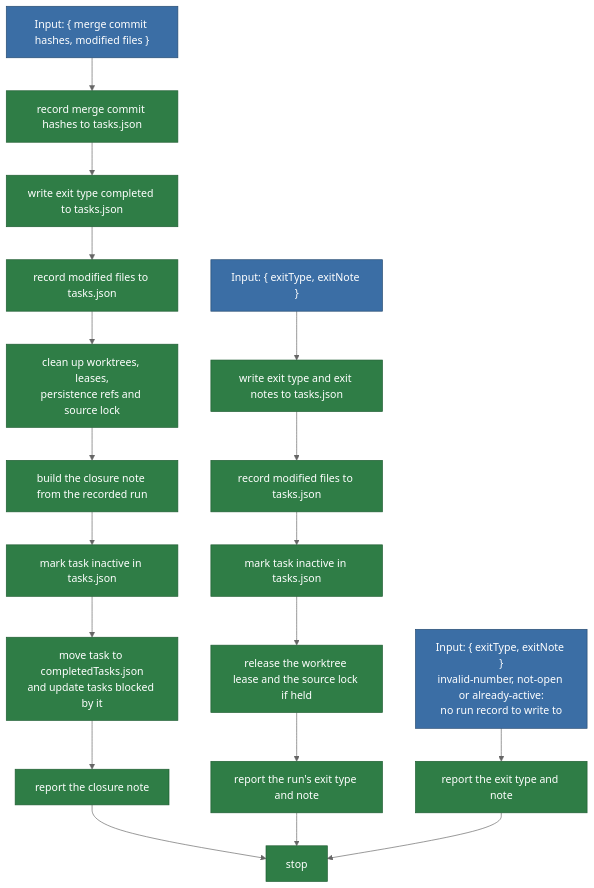
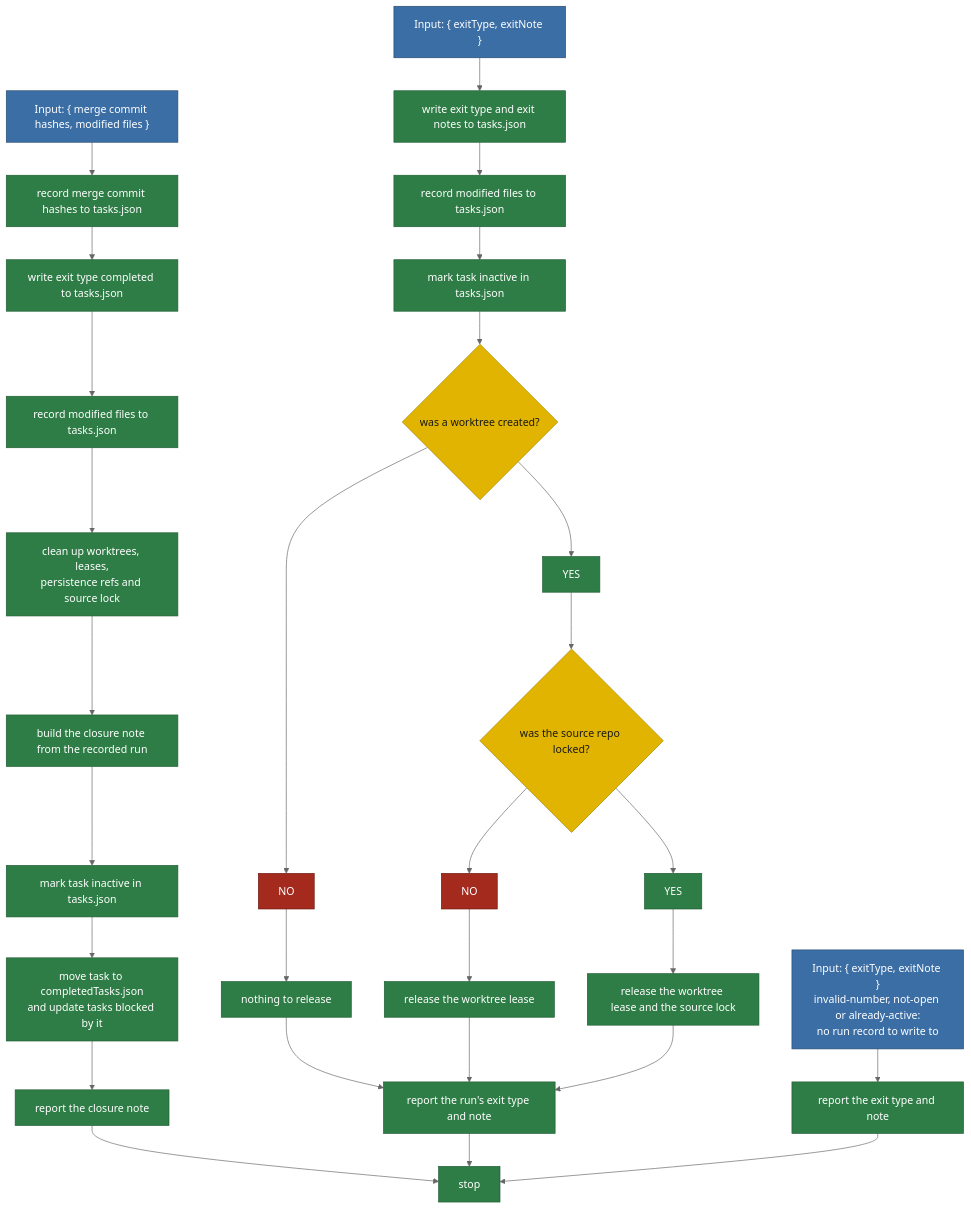
One commit to matkatmusic/taskTools changed the diagram in plans/diagram/pipeline-exitWorkflow.mmd. Above: the diagram before and after it, drawn with Mermaid (neutral theme). The commit also changed 8 other files, not shown here.

```diff
--- a/plans/diagram/pipeline-exitWorkflow.mmd
+++ b/plans/diagram/pipeline-exitWorkflow.mmd
@@ -1,81 +1,97 @@
 flowchart TB
 %% EXIT WORKFLOW. Split from pipeline.mmd. Every pipeline ends here.
 %% Two inputs, two tails:
 %%   the merge receipt from the rebase and merge pipeline -> the success tail
 %%   an exit type and exit note from any pipeline          -> the failure tail
 %% Rules that apply everywhere, not steps:
 %%   1. Every git interaction goes through a script. Never prose.
 %%   2. Every read and write of tasks.json is atomic.
 %%   3. Every box that touches the working tree operates on every repository
 %%      layer, deepest submodule first, root last. Boxes that only read or write
 %%      tasks.json do not.
-%%   4. Exactly one box releases the source repo lock: "clean up" on the success
-%%      tail, "release the worktree lease and the source lock if held" on the
-%%      failure tail. The release line names only what is actually held: nothing
-%%      before a worktree exists, the lease only before the source repo was
-%%      locked, both after.
+%%   4. Exactly one box releases the source repo lock on the failure tail. The
+%%      release line names only what is actually held: nothing before a
+%%      worktree exists, the lease only before the source repo was locked, both
+%%      after. "clean up" releases both on the success tail.
 %%   5. A script that fails operationally, as opposed to returning a verdict,
 %%      exits the run as run-failed. No step is retried after it has mutated
 %%      anything. How far this workflow can run depends on where the failure
 %%      happened, and there are four cases:
 %%        before the task is active - report and stop; there is no run to write to
 %%        active, no worktree      - this workflow runs; modified files records []
 %%        active, with worktree    - this workflow runs in full
 %%        during the archive, after "mark task inactive"
 %%                                - the run is already ended, so this workflow
 %%                                  reopens it, overwrites exit type completed
 %%                                  with run-failed, and re-ends it
 %%   6. A mutating box whose result is lost is never blindly retried and never
 %%      assumed failed. Each one has a read-only reconciliation check that reads
 %%      the world and decides whether it already happened. A safe idempotent
 %%      rerun happens only after reconciliation proves it did not complete. Only
 %%      an ambiguous loss is run-failed.
 %%   7. A task stays unavailable to another run from "mark the task active" until
 %%      its archive lands. "mark task inactive" ends the run but does NOT reopen
 %%      the task: a task whose newest ended run exited completed, and which is
 %%      still in tasks.json, is closing, and a second invocation must refuse it.
 %% Exit types that reach [stop]:
 %%   completed          - archived to completedTasks.json
 %%   invalid-number     - not in tasks.json or completedTasks.json
 %%   not-open           - already completed
 %%   already-active     - a previous run left the task active
 %%   blocked            - an open blocker remains
 %%   plan-scrapped      - codex scrapped the plan twice
 %%   tests-red          - task tests still failing after 2 fix attempts
 %%   tests-flagged      - codex flagged the tests twice
 %%   suite-red          - full suite still failing after 2 fix attempts
 %%   rebase-stuck       - the rebase did not advance after 2 conflict fixes
 %%   merge-failed       - the merge did not land twice
 %%   fence-violation    - a step changed a file the task does not own
 %%   run-failed         - a script failed operationally
 %% invalid-number, not-open and already-active are the only exits that write
 %% nothing to tasks.json: the first two have no open task record to write to, and
 %% the third must not touch a run that belongs to another invocation. All three
 %% take the report-only tail. Every other exit takes the failure tail.
 
   MERGE_RECEIPT_INPUT["Input: { merge commit hashes, modified files }"] --> RECORD_MERGE_COMMIT_HASHES["record merge commit hashes to tasks.json"]
   RECORD_MERGE_COMMIT_HASHES --> WRITE_EXIT_TYPE_COMPLETED["write exit type completed to tasks.json"]
   WRITE_EXIT_TYPE_COMPLETED --> RECORD_MODIFIED_FILES_SUCCESS["record modified files to tasks.json"]
   RECORD_MODIFIED_FILES_SUCCESS --> CLEAN_UP_WORKTREES["clean up worktrees, leases,<br/>persistence refs and source lock"]
   CLEAN_UP_WORKTREES --> BUILD_CLOSURE_NOTE["build the closure note from the recorded run"]
   BUILD_CLOSURE_NOTE --> MARK_TASK_INACTIVE_SUCCESS["mark task inactive in tasks.json"]
   MARK_TASK_INACTIVE_SUCCESS --> ARCHIVE_TASK["move task to completedTasks.json<br/>and update tasks blocked by it"]
   ARCHIVE_TASK --> REPORT_CLOSURE_NOTE["report the closure note"]
   REPORT_CLOSURE_NOTE --> STOP["stop"]
 
   EXIT_TYPE_NOTE_INPUT["Input: { exitType, exitNote }"] --> WRITE_EXIT_TYPE_AND_NOTE["write exit type and exit notes to tasks.json"]
   WRITE_EXIT_TYPE_AND_NOTE --> RECORD_MODIFIED_FILES_FAILURE["record modified files to tasks.json"]
   RECORD_MODIFIED_FILES_FAILURE --> MARK_TASK_INACTIVE_FAILURE["mark task inactive in tasks.json"]
-  MARK_TASK_INACTIVE_FAILURE --> RELEASE_WORKTREE_LEASE_AND_LOCK["release the worktree lease and the source lock if held"]
-  RELEASE_WORKTREE_LEASE_AND_LOCK --> REPORT_EXIT_TYPE_AND_NOTE["report the run's exit type and note"]
+  MARK_TASK_INACTIVE_FAILURE --> WAS_WORKTREE_CREATED{"was a worktree created?"}
+  WAS_WORKTREE_CREATED --> WAS_WORKTREE_CREATED_YES["YES"]
+  WAS_WORKTREE_CREATED --> WAS_WORKTREE_CREATED_NO["NO"]
+  WAS_WORKTREE_CREATED_NO --> NOTHING_TO_RELEASE["nothing to release"]
+  NOTHING_TO_RELEASE --> REPORT_EXIT_TYPE_AND_NOTE["report the run's exit type and note"]
+
+  WAS_WORKTREE_CREATED_YES --> WAS_SOURCE_REPO_LOCKED{"was the source repo locked?"}
+  WAS_SOURCE_REPO_LOCKED --> WAS_SOURCE_REPO_LOCKED_YES["YES"]
+  WAS_SOURCE_REPO_LOCKED --> WAS_SOURCE_REPO_LOCKED_NO["NO"]
+  WAS_SOURCE_REPO_LOCKED_NO --> RELEASE_WORKTREE_LEASE["release the worktree lease"]
+  RELEASE_WORKTREE_LEASE --> REPORT_EXIT_TYPE_AND_NOTE
+  WAS_SOURCE_REPO_LOCKED_YES --> RELEASE_WORKTREE_LEASE_AND_LOCK["release the worktree lease and the source lock"]
+  RELEASE_WORKTREE_LEASE_AND_LOCK --> REPORT_EXIT_TYPE_AND_NOTE
   REPORT_EXIT_TYPE_AND_NOTE --> STOP
 
   EXIT_TYPE_NOTE_NO_WRITE_INPUT["Input: { exitType, exitNote }<br/>invalid-number, not-open or already-active:<br/>no run record to write to"] --> REPORT_EXIT_TYPE_NO_WRITE["report the exit type and note"]
   REPORT_EXIT_TYPE_NO_WRITE --> STOP
 
   classDef script fill:#2f7d46,stroke:#1e5c31,color:#ffffff
   classDef prose fill:#e0b400,stroke:#a88600,color:#1a1a1a
+  classDef decision fill:#e0b400,stroke:#a88600,color:#1a1a1a
   classDef output fill:#3b6ea5,stroke:#254a70,color:#ffffff
   classDef fail fill:red,stroke:#254a70,color:#ffffff
-  class RECORD_MERGE_COMMIT_HASHES,WRITE_EXIT_TYPE_COMPLETED,RECORD_MODIFIED_FILES_SUCCESS,CLEAN_UP_WORKTREES,BUILD_CLOSURE_NOTE,MARK_TASK_INACTIVE_SUCCESS,ARCHIVE_TASK,REPORT_CLOSURE_NOTE,WRITE_EXIT_TYPE_AND_NOTE,RECORD_MODIFIED_FILES_FAILURE,MARK_TASK_INACTIVE_FAILURE,RELEASE_WORKTREE_LEASE_AND_LOCK,REPORT_EXIT_TYPE_AND_NOTE,REPORT_EXIT_TYPE_NO_WRITE,STOP script
+  classDef pass fill:#2f7d46,stroke:#1e5c31,color:#ffffff
+  classDef nopass fill:#a52a1e,stroke:#6d1a12,color:#ffffff
+  class WAS_WORKTREE_CREATED,WAS_SOURCE_REPO_LOCKED decision
+  class WAS_WORKTREE_CREATED_YES,WAS_SOURCE_REPO_LOCKED_YES pass
+  class WAS_WORKTREE_CREATED_NO,WAS_SOURCE_REPO_LOCKED_NO nopass
+  class RECORD_MERGE_COMMIT_HASHES,WRITE_EXIT_TYPE_COMPLETED,RECORD_MODIFIED_FILES_SUCCESS,CLEAN_UP_WORKTREES,BUILD_CLOSURE_NOTE,MARK_TASK_INACTIVE_SUCCESS,ARCHIVE_TASK,REPORT_CLOSURE_NOTE,WRITE_EXIT_TYPE_AND_NOTE,RECORD_MODIFIED_FILES_FAILURE,MARK_TASK_INACTIVE_FAILURE,NOTHING_TO_RELEASE,RELEASE_WORKTREE_LEASE,RELEASE_WORKTREE_LEASE_AND_LOCK,REPORT_EXIT_TYPE_AND_NOTE,REPORT_EXIT_TYPE_NO_WRITE,STOP script
   class MERGE_RECEIPT_INPUT,EXIT_TYPE_NOTE_INPUT,EXIT_TYPE_NOTE_NO_WRITE_INPUT output
```
